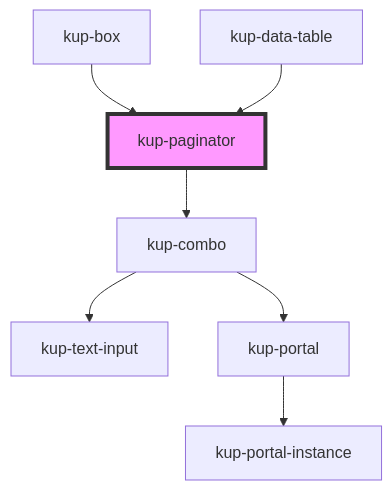
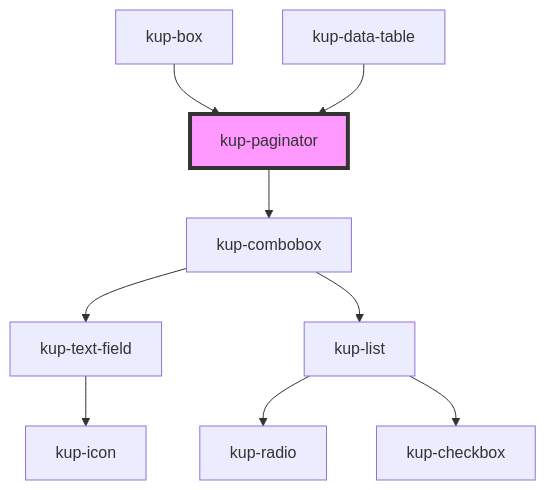
The diagram in packages/ketchup/src/components/kup-paginator/readme.md (smeup/ketchup), drawn with Mermaid before and after one commit. The commit also changed other lines of this file and 60 other files, not shown here.

Commit message:
wup icon > kup icon. Fixes to showcase. Regen of readme files.

````diff
--- a/packages/ketchup/src/components/kup-paginator/readme.md
+++ b/packages/ketchup/src/components/kup-paginator/readme.md
@@ -50,10 +50,12 @@
 ```mermaid
 graph TD;
-  kup-paginator --> kup-combo
-  kup-combo --> kup-text-input
-  kup-combo --> kup-portal
-  kup-portal --> kup-portal-instance
+  kup-paginator --> kup-combobox
+  kup-combobox --> kup-text-field
+  kup-combobox --> kup-list
+  kup-text-field --> kup-icon
+  kup-list --> kup-radio
+  kup-list --> kup-checkbox
   kup-box --> kup-paginator
   kup-data-table --> kup-paginator
   style kup-paginator fill:#f9f,stroke:#333,stroke-width:4px
 ```
````
